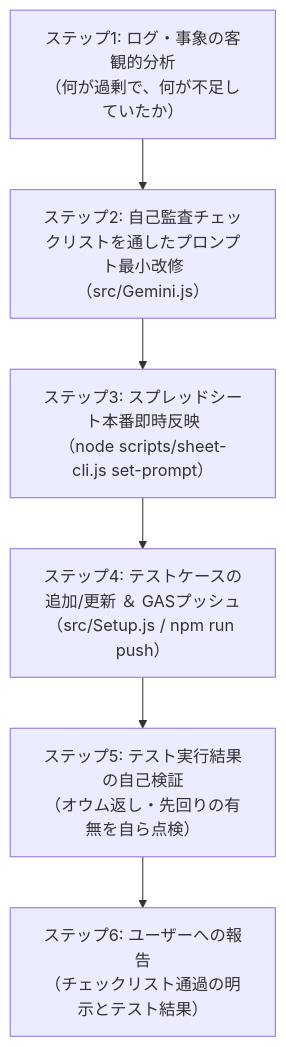
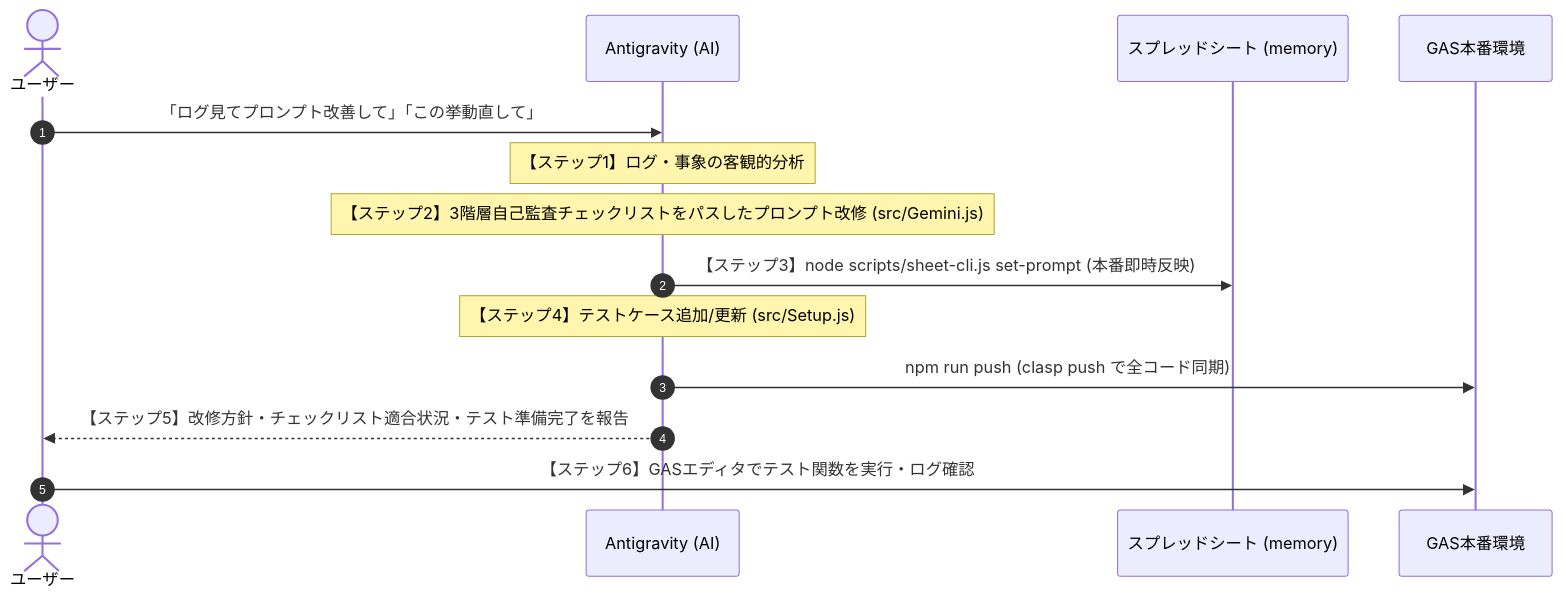
One commit to agehapia13-art/daily-companion changed the second of 2 diagrams in .agent/skills/companion-prompt-optimizer/SKILL.md. Above: the diagram before and after it, drawn with Mermaid. The commit also changed other lines of this file, not shown here.

Commit message:
refactor: restructure companion-prompt-optimizer skill into 3-tier architectural self-audit framework

````diff
--- a/.agent/skills/companion-prompt-optimizer/SKILL.md
+++ b/.agent/skills/companion-prompt-optimizer/SKILL.md
@@ -45,11 +49,17 @@
 ```mermaid
-flowchart TD
-    Step1["ステップ1: ログ・事象の客観的分析<br>（何が過剰で、何が不足していたか）"]
-    Step2["ステップ2: 自己監査チェックリストを通したプロンプト最小改修<br>（src/Gemini.js）"]
-    Step3["ステップ3: スプレッドシート本番即時反映<br>（node scripts/sheet-cli.js set-prompt）"]
-    Step4["ステップ4: テストケースの追加/更新 ＆ GASプッシュ<br>（src/Setup.js / npm run push）"]
-    Step5["ステップ5: テスト実行結果の自己検証<br>（オウム返し・先回りの有無を自ら点検）"]
-    Step6["ステップ6: ユーザーへの報告<br>（チェックリスト通過の明示とテスト結果）"]
+sequenceDiagram
+    autonumber
+    actor User as ユーザー
+    participant Agent as Antigravity (AI)
+    participant Sheet as スプレッドシート (memory)
+    participant GAS as GAS本番環境
 
-    Step1 --> Step2 --> Step3 --> Step4 --> Step5 --> Step6
+    User->>Agent: 「ログ見てプロンプト改善して」「この挙動直して」
+    Note over Agent: 【ステップ1】ログ・事象の客観的分析
+    Note over Agent: 【ステップ2】3階層自己監査チェックリストをパスしたプロンプト改修 (src/Gemini.js)
+    Agent->>Sheet: 【ステップ3】node scripts/sheet-cli.js set-prompt (本番即時反映)
+    Note over Agent: 【ステップ4】テストケース追加/更新 (src/Setup.js)
+    Agent->>GAS: npm run push (clasp push で全コード同期)
+    Agent-->>User: 【ステップ5】改修方針・チェックリスト適合状況・テスト準備完了を報告
+    User->>GAS: 【ステップ6】GASエディタでテスト関数を実行・ログ確認
 ```
````
